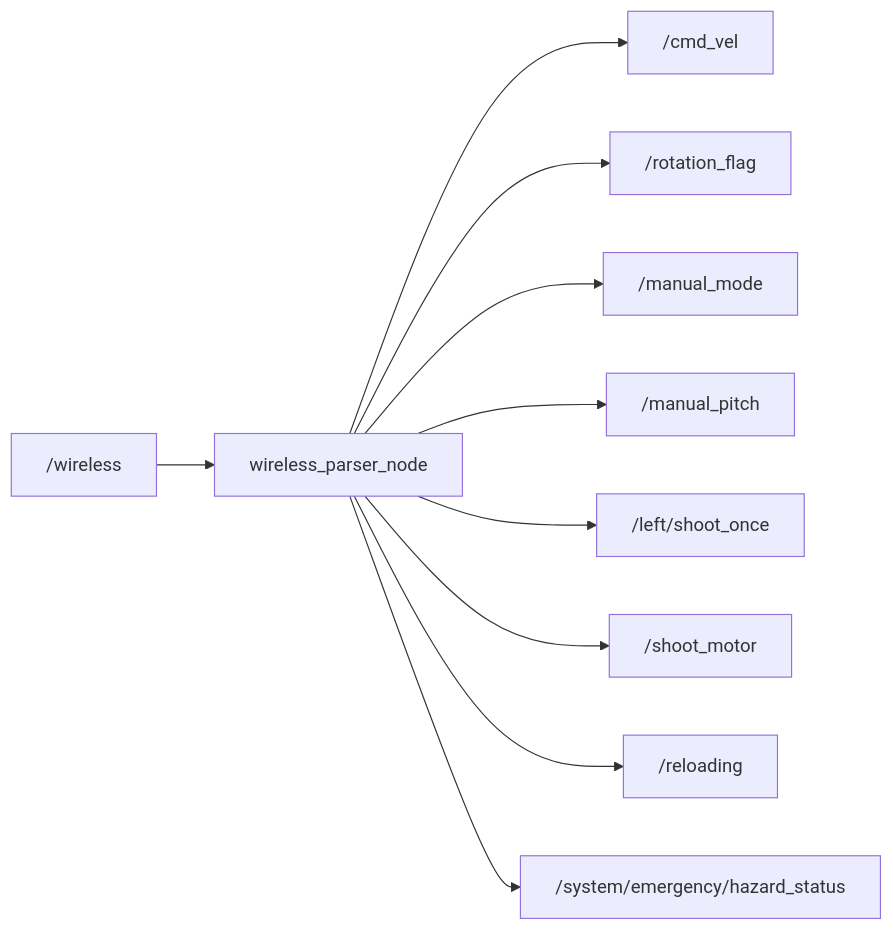
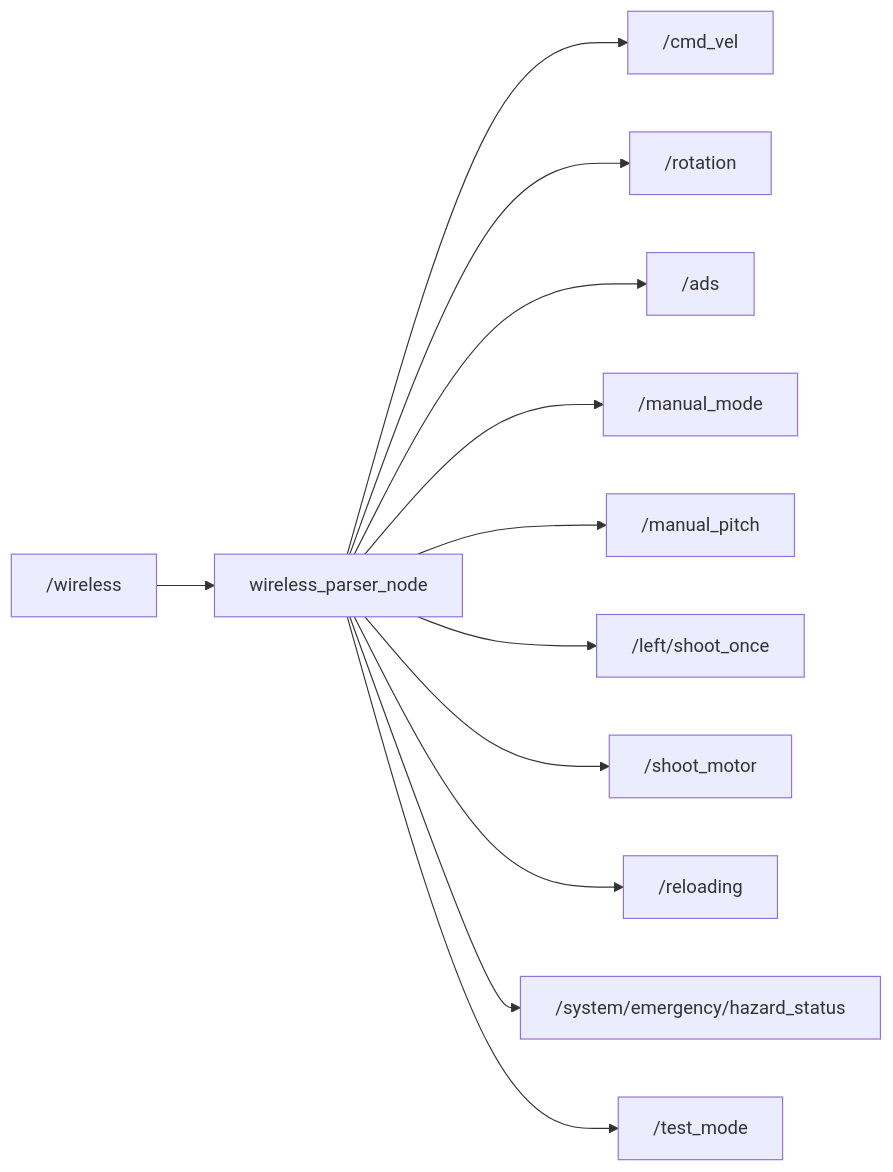
The diagram in docs/packages/core_ros_player_controller.md (team-continue/core2026), drawn with Mermaid before and after one commit. The commit also changed other lines of this file and 14 other files, not shown here.

````diff
--- a/docs/packages/core_ros_player_controller.md
+++ b/docs/packages/core_ros_player_controller.md
@@ -9,12 +9,14 @@
 ```mermaid
 graph LR
     Wireless["/wireless"] --> WP["wireless_parser_node"]
     WP --> CmdVel["/cmd_vel"]
-    WP --> RotFlag["/rotation_flag"]
+    WP --> Rotation["/rotation"]
+    WP --> ADS["/ads"]
     WP --> Manual["/manual_mode"]
     WP --> Pitch["/manual_pitch"]
     WP --> Shoot["/left/shoot_once"]
     WP --> Motor["/shoot_motor"]
     WP --> Reload["/reloading"]
     WP --> Hazard["/system/emergency/hazard_status"]
+    WP --> TestMode["/test_mode"]
 ```
````
